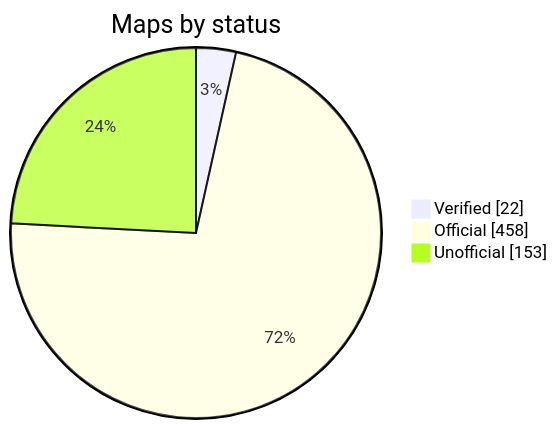
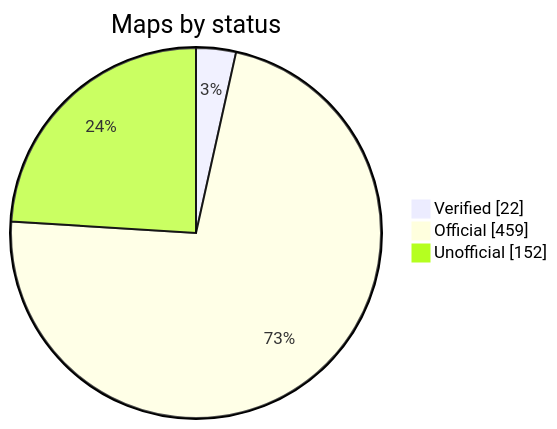
One commit to nobrega8/mbmap-library changed the diagram in README.md. Above: the diagram before and after it, drawn with Mermaid. The commit also changed 6 other files, not shown here.

````diff
--- a/README.md
+++ b/README.md
@@ -52,7 +52,7 @@
 ```mermaid
 pie showData
     title Maps by status
     "Verified" : 22
-    "Official" : 458
-    "Unofficial" : 153
+    "Official" : 459
+    "Unofficial" : 152
 ```
````
